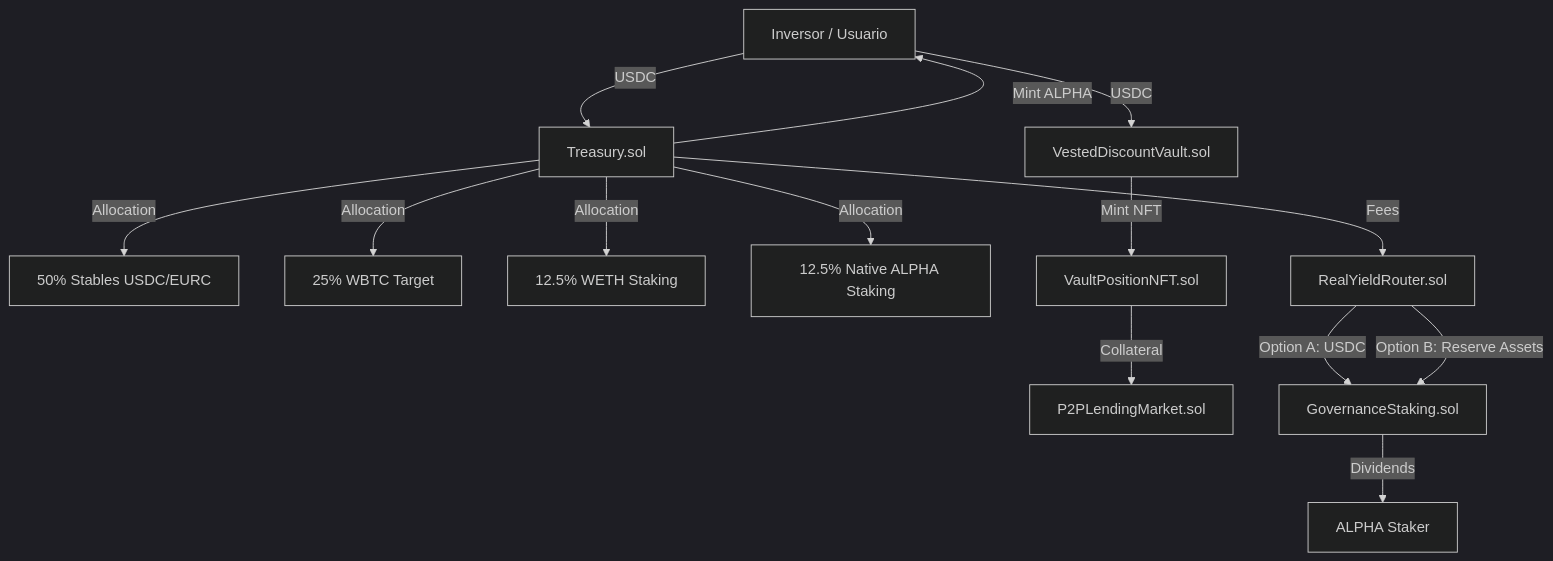
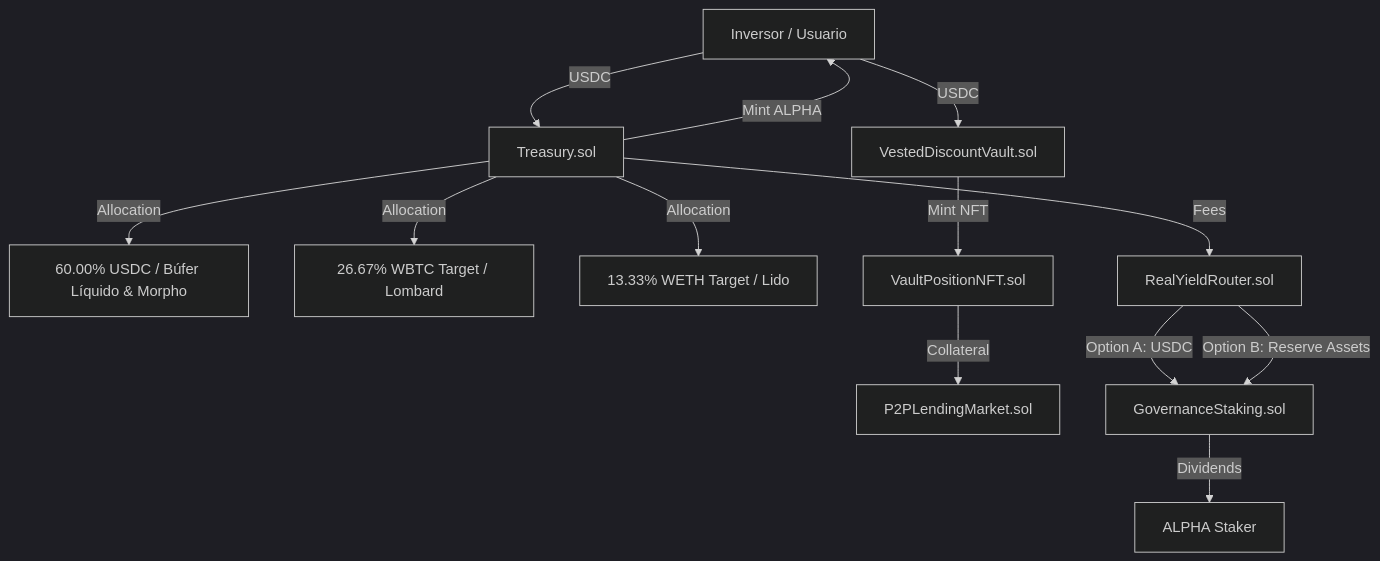
The diagram in docs/WHITE_PAPER.md (JaviMartin92/token), drawn with Mermaid (dark theme) before and after one commit. The commit also changed other lines of this file and 1 other file, not shown here.

Commit message:
docs: align README and WHITE_PAPER references to the canonical docs/TOKENOMICS.md bible

````diff
--- a/docs/WHITE_PAPER.md
+++ b/docs/WHITE_PAPER.md
@@ -16,18 +16,17 @@
 ```mermaid
 graph TD
     User[Inversor / Usuario] -->|USDC| Treasury[Treasury.sol]
     Treasury -->|Mint ALPHA| User
-    Treasury -->|Allocation| Stables[50% Stables USDC/EURC]
-    Treasury -->|Allocation| WBTC[25% WBTC Target]
-    Treasury -->|Allocation| WETH[12.5% WETH Staking]
-    Treasury -->|Allocation| Staking[12.5% Native ALPHA Staking]
+    Treasury -->|Allocation| Stables[60.00% USDC / Búfer Líquido & Morpho]
+    Treasury -->|Allocation| WBTC[26.67% WBTC Target / Lombard]
+    Treasury -->|Allocation| WETH[13.33% WETH Target / Lido]
     
     User -->|USDC| VestedVault[VestedDiscountVault.sol]
     VestedVault -->|Mint NFT| NFT[VaultPositionNFT.sol]
     NFT -->|Collateral| P2P[P2PLendingMarket.sol]
     
     Treasury -->|Fees| YieldRouter[RealYieldRouter.sol]
     YieldRouter -->|Option A: USDC| GovStaking[GovernanceStaking.sol]
     YieldRouter -->|Option B: Reserve Assets| GovStaking
     GovStaking -->|Dividends| Staker[ALPHA Staker]
 ```
````
